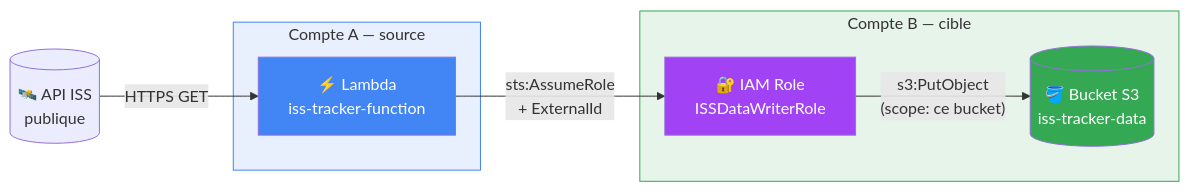
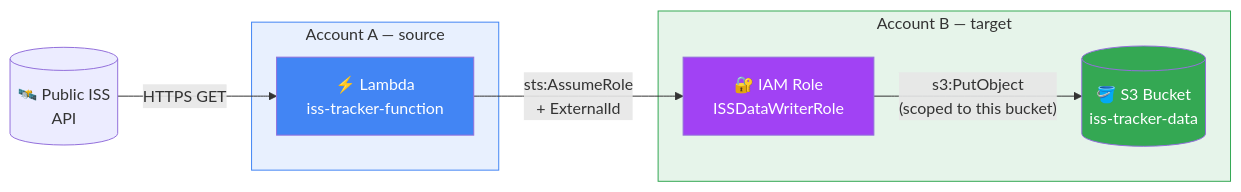
One commit to antoinehusserr/aws-cross-account-sts-pipeline changed the first of 2 diagrams in README.md. Above: the diagram before and after it, drawn with Mermaid. The commit also changed other lines of this file, not shown here.

````diff
--- a/README.md
+++ b/README.md
@@ -24,22 +24,22 @@
 ```mermaid
 graph LR
-    API[("🛰️ API ISS<br/>publique")] -->|HTTPS GET| L
+    API[("🛰️ Public ISS<br/>API")] -->|HTTPS GET| L
 
-    subgraph A["Compte A — source"]
+    subgraph A["Account A — source"]
         L["⚡ Lambda<br/>iss-tracker-function"]
     end
 
-    subgraph B["Compte B — cible"]
+    subgraph B["Account B — target"]
         R["🔐 IAM Role<br/>ISSDataWriterRole"]
-        S[("🪣 Bucket S3<br/>iss-tracker-data")]
+        S[("🪣 S3 Bucket<br/>iss-tracker-data")]
     end
 
     L -->|"sts:AssumeRole<br/>+ ExternalId"| R
-    R -->|"s3:PutObject<br/>(scope: ce bucket)"| S
+    R -->|"s3:PutObject<br/>(scoped to this bucket)"| S
 
     style A fill:#e8f0fe,stroke:#4285f4
     style B fill:#e6f4ea,stroke:#34a853
     style L fill:#4285f4,color:#fff
     style R fill:#a142f4,color:#fff
     style S fill:#34a853,color:#fff
 ```
````
